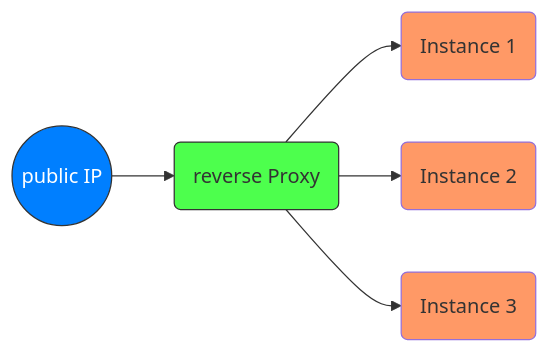
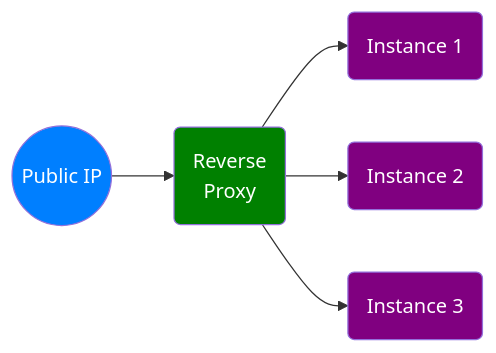
Before and after one commit to msalemor/app-services-networking: the first of 7 diagrams in README.md, drawn with Mermaid. The commit also changed other lines of this file, not shown here.

````diff
--- a/README.md
+++ b/README.md
@@ -38,11 +38,13 @@
 ```mermaid
 graph LR;
-    Z((public IP))-->A;
-    A(reverse Proxy)-->B(Instance 1);
+    Z((Public IP))-->A;
+    A(Reverse<br/>Proxy)-->B(Instance 1);
     A-->C(Instance 2);
     A-->D(Instance 3);
-    style Z fill:#007FFF,stroke:#333,stroke-width:1px,color:#fff;
-    style A fill:#4DFF4D,stroke:#333,stroke-width:1px;
-    classDef someclass fill:#f96;
-    class B,C,D someclass;
+    classDef internet fill:#007FFF,color:white;
+    class Z internet;
+    classDef proxy fill:green,color:white;
+    class A proxy;
+    classDef instances fill:purple,color:white;
+    class B,C,D instances;    
 ```
````
